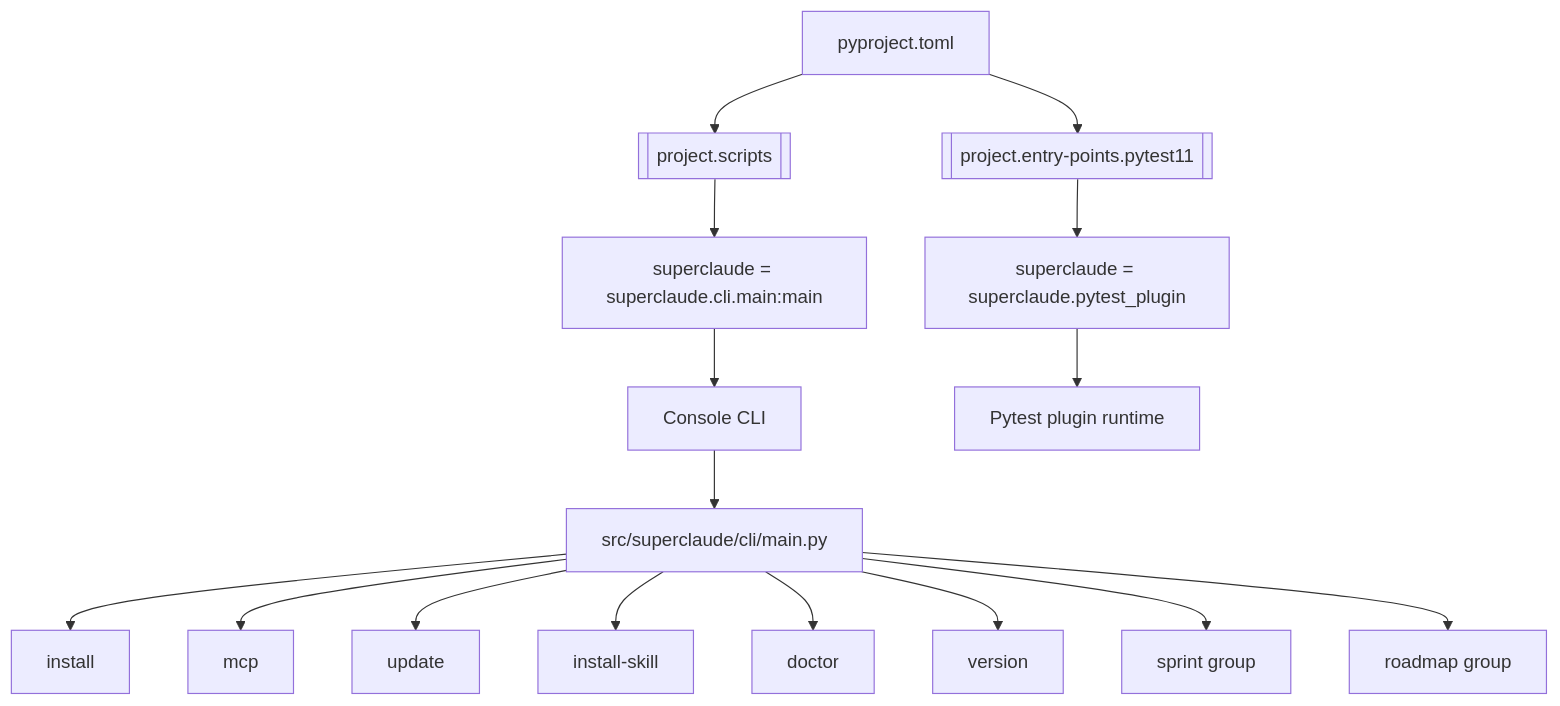
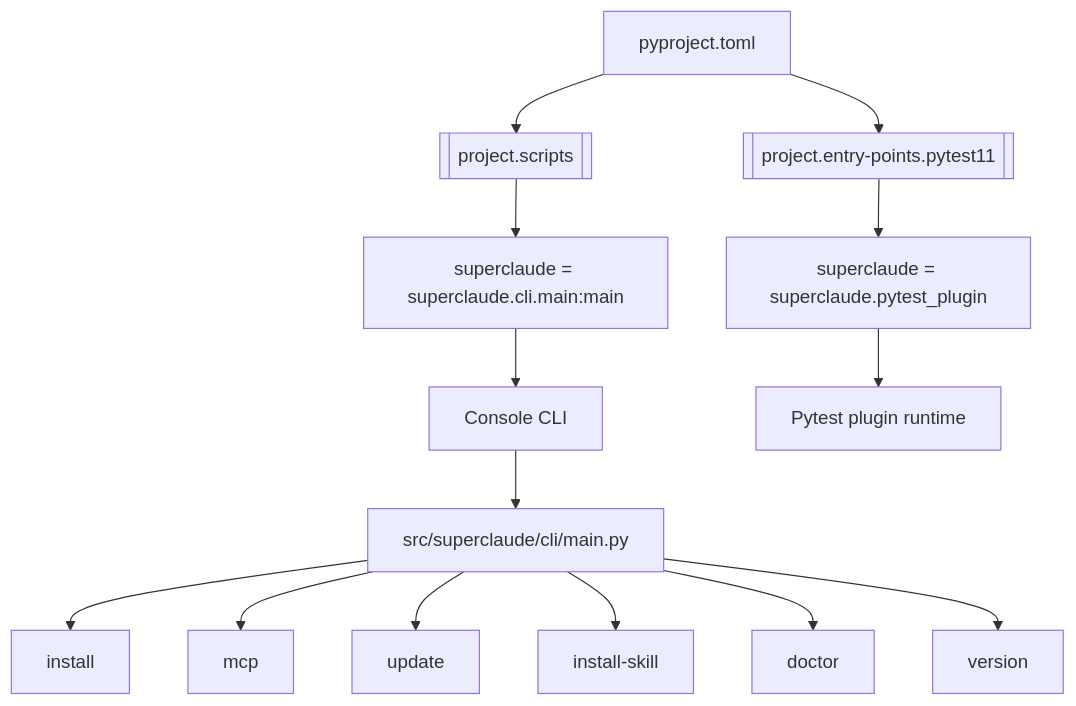
The fifth of 8 diagrams in docs/generated/contributor-knowledge-base/architecture-guide.md (IronbellyOrg/IronClaude), drawn with Mermaid before and after one commit. The commit also changed other lines of this file and 604 other files, not shown here.

````diff
--- a/docs/generated/contributor-knowledge-base/architecture-guide.md
+++ b/docs/generated/contributor-knowledge-base/architecture-guide.md
@@ -276,21 +272,19 @@
 ```mermaid
 flowchart TD
     A[pyproject.toml] --> B[[project.scripts]]
     A --> C[[project.entry-points.pytest11]]
 
     B --> D[superclaude = superclaude.cli.main:main]
     D --> E[Console CLI]
     E --> F[src/superclaude/cli/main.py]
 
     C --> G[superclaude = superclaude.pytest_plugin]
     G --> H[Pytest plugin runtime]
 
     F --> I[install]
     F --> J[mcp]
     F --> K[update]
     F --> L[install-skill]
     F --> M[doctor]
     F --> N[version]
-    F --> O[sprint group]
-    F --> P[roadmap group]
 ```
````
